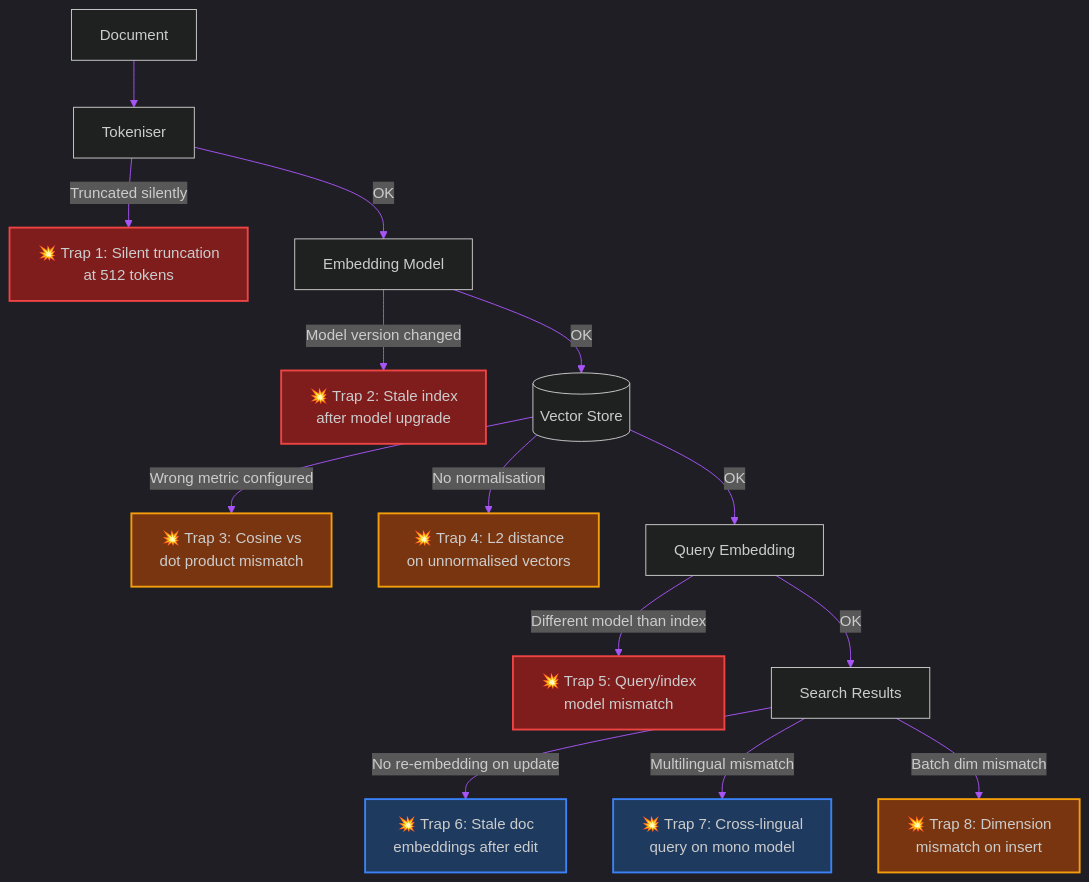
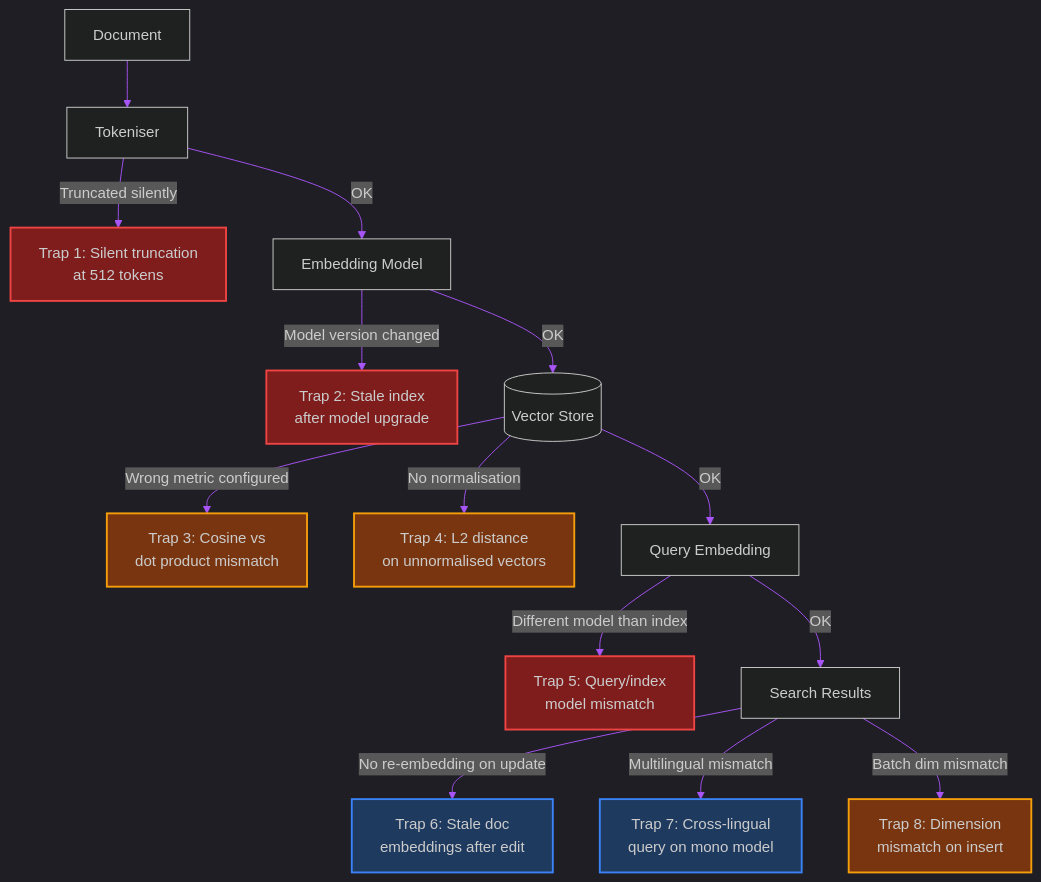
Before and after one commit to akmalkhaniub/akmalkhaniub.github.io: the diagram in blog/posts/vector-embeddings-production-traps.md, drawn with Mermaid. The commit also changed other lines of this file and 411 other files, not shown here.

````diff
--- a/blog/posts/vector-embeddings-production-traps.md
+++ b/blog/posts/vector-embeddings-production-traps.md
@@ -19,30 +19,30 @@
 ```mermaid
 %%{init: {'theme': 'dark', 'themeVariables': { 'primaryColor': '#a855f7', 'primaryTextColor': '#f3f4f6', 'primaryBorderColor': '#c084fc', 'lineColor': '#a855f7', 'secondaryColor': '#111827', 'tertiaryColor': '#0f172a'}}}%%
 flowchart TD
     D[Document] --> T[Tokeniser]
-    T -->|Truncated silently| F1[💥 Trap 1: Silent truncation<br/>at 512 tokens]
+    T -->|Truncated silently| F1[ Trap 1: Silent truncation<br/>at 512 tokens]
     T -->|OK| E[Embedding Model]
     
-    E -->|Model version changed| F2[💥 Trap 2: Stale index<br/>after model upgrade]
+    E -->|Model version changed| F2[ Trap 2: Stale index<br/>after model upgrade]
     E -->|OK| V[(Vector Store)]
     
-    V -->|Wrong metric configured| F3[💥 Trap 3: Cosine vs<br/>dot product mismatch]
-    V -->|No normalisation| F4[💥 Trap 4: L2 distance<br/>on unnormalised vectors]
+    V -->|Wrong metric configured| F3[ Trap 3: Cosine vs<br/>dot product mismatch]
+    V -->|No normalisation| F4[ Trap 4: L2 distance<br/>on unnormalised vectors]
     V -->|OK| Q[Query Embedding]
     
-    Q -->|Different model than index| F5[💥 Trap 5: Query/index<br/>model mismatch]
+    Q -->|Different model than index| F5[ Trap 5: Query/index<br/>model mismatch]
     Q -->|OK| R[Search Results]
     
-    R -->|No re-embedding on update| F6[💥 Trap 6: Stale doc<br/>embeddings after edit]
-    R -->|Multilingual mismatch| F7[💥 Trap 7: Cross-lingual<br/>query on mono model]
-    R -->|Batch dim mismatch| F8[💥 Trap 8: Dimension<br/>mismatch on insert]
+    R -->|No re-embedding on update| F6[ Trap 6: Stale doc<br/>embeddings after edit]
+    R -->|Multilingual mismatch| F7[ Trap 7: Cross-lingual<br/>query on mono model]
+    R -->|Batch dim mismatch| F8[ Trap 8: Dimension<br/>mismatch on insert]
 
     style F1 fill:#7f1d1d,stroke:#ef4444,stroke-width:2px
     style F2 fill:#7f1d1d,stroke:#ef4444,stroke-width:2px
     style F3 fill:#78350f,stroke:#f59e0b,stroke-width:2px
     style F4 fill:#78350f,stroke:#f59e0b,stroke-width:2px
     style F5 fill:#7f1d1d,stroke:#ef4444,stroke-width:2px
     style F6 fill:#1e3a5f,stroke:#3b82f6,stroke-width:2px
     style F7 fill:#1e3a5f,stroke:#3b82f6,stroke-width:2px
     style F8 fill:#78350f,stroke:#f59e0b,stroke-width:2px
 ```
````
